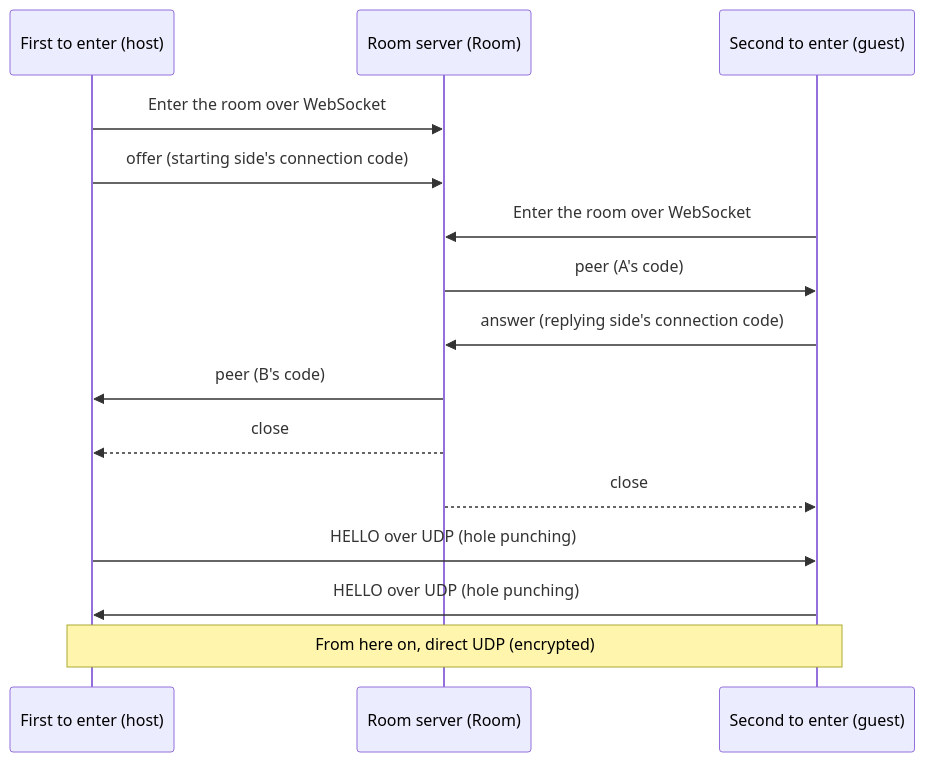
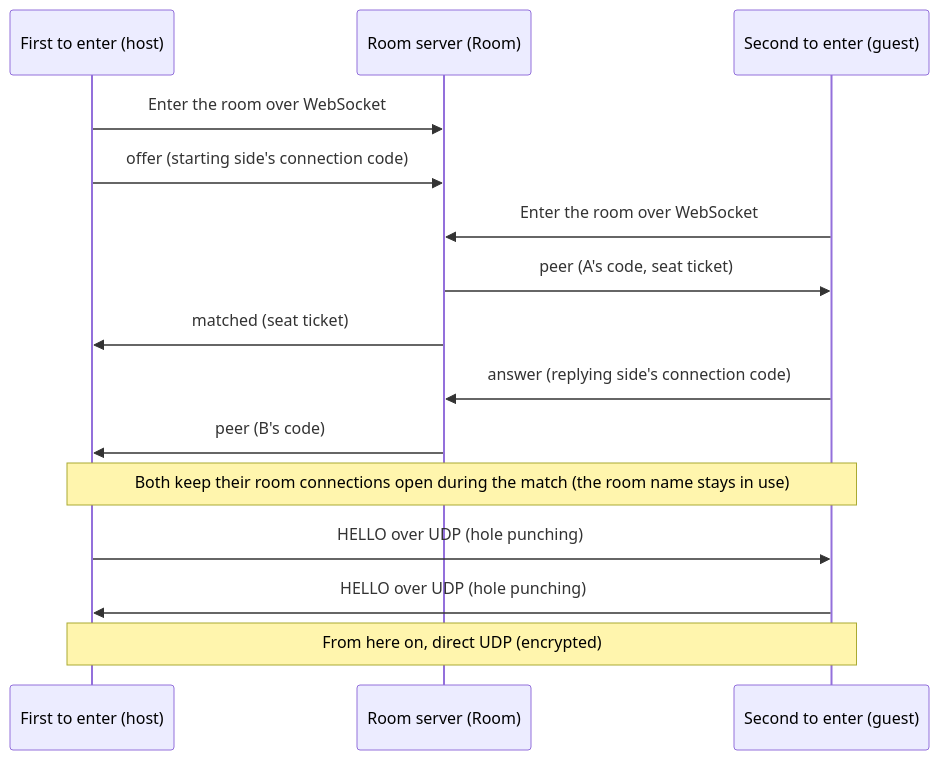
Before and after one commit to Mako-th/HiganRTool: the second of 2 diagrams in TECHNICAL.en.md, drawn with Mermaid. The commit also changed other lines of this file and 388 other files, not shown here.

````diff
--- a/TECHNICAL.en.md
+++ b/TECHNICAL.en.md
@@ -467,17 +508,17 @@
 ```mermaid
 sequenceDiagram
   participant A as First to enter (host)
   participant S as Room server (Room)
   participant B as Second to enter (guest)
   A->>S: Enter the room over WebSocket
   A->>S: offer (starting side's connection code)
   B->>S: Enter the room over WebSocket
-  S->>B: peer (A's code)
+  S->>B: peer (A's code, seat ticket)
+  S->>A: matched (seat ticket)
   B->>S: answer (replying side's connection code)
   S->>A: peer (B's code)
-  S-->>A: close
-  S-->>B: close
+  Note over A,B: Both keep their room connections open during the match (the room name stays in use)
   A->>B: HELLO over UDP (hole punching)
   B->>A: HELLO over UDP (hole punching)
   Note over A,B: From here on, direct UDP (encrypted)
 ```
````
